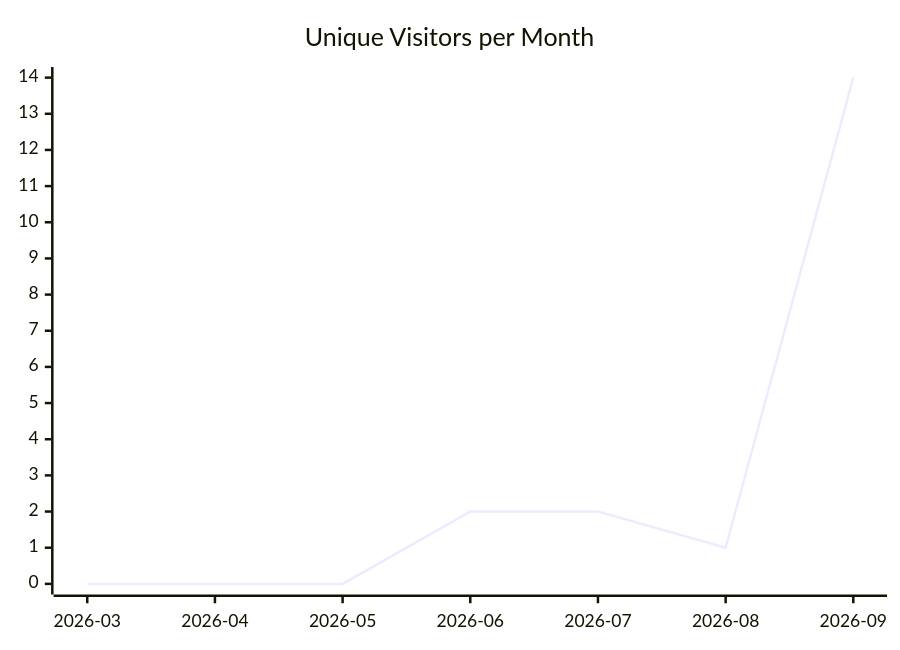
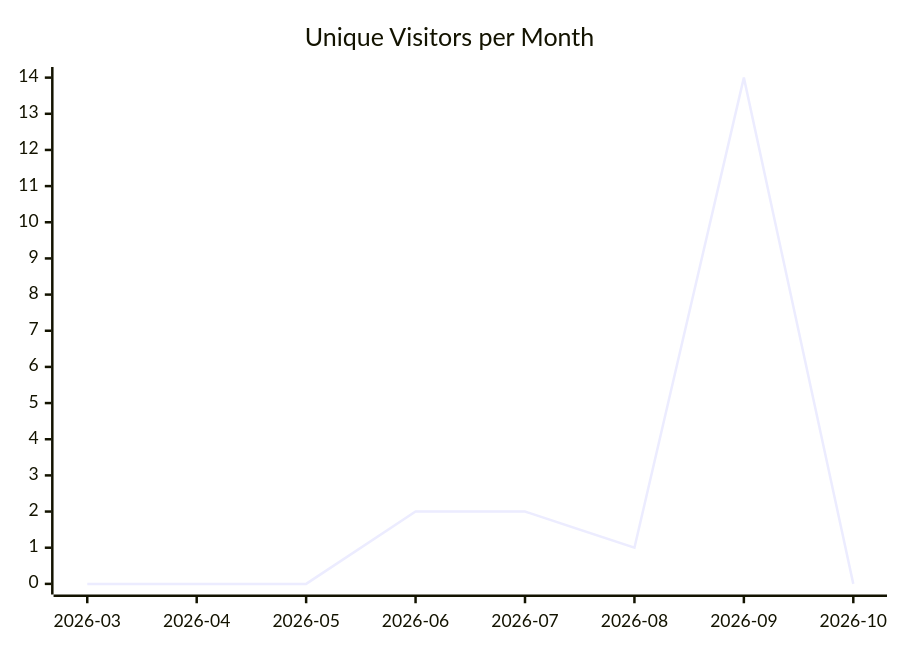
Before and after one commit to justdavis-family/github-analytics-data: the first of 3 diagrams in karlmdavis/dotfiles/README.md, drawn with Mermaid. The commit also changed other lines of this file and 202 other files, not shown here.

````diff
--- a/karlmdavis/dotfiles/README.md
+++ b/karlmdavis/dotfiles/README.md
@@ -5,6 +5,6 @@
 ```mermaid
 xychart-beta
   title "Unique Visitors per Month"
-  x-axis ["2026-03", "2026-04", "2026-05", "2026-06", "2026-07", "2026-08", "2026-09"]
-  line [0, 0, 0, 2, 2, 1, 14]
+  x-axis ["2026-03", "2026-04", "2026-05", "2026-06", "2026-07", "2026-08", "2026-09", "2026-10"]
+  line [0, 0, 0, 2, 2, 1, 14, 0]
 ```
````
